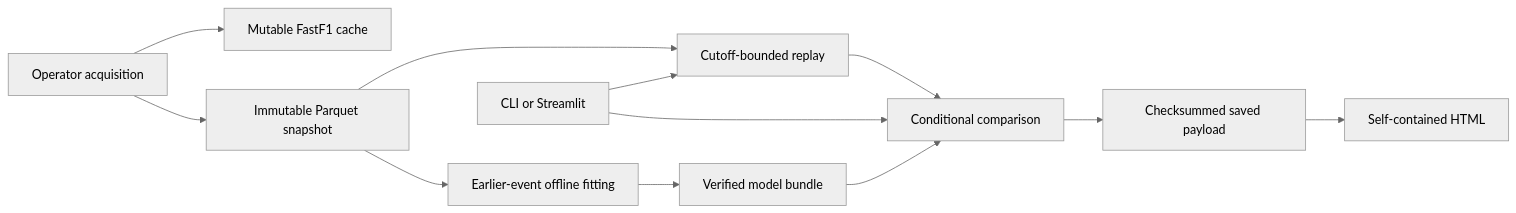
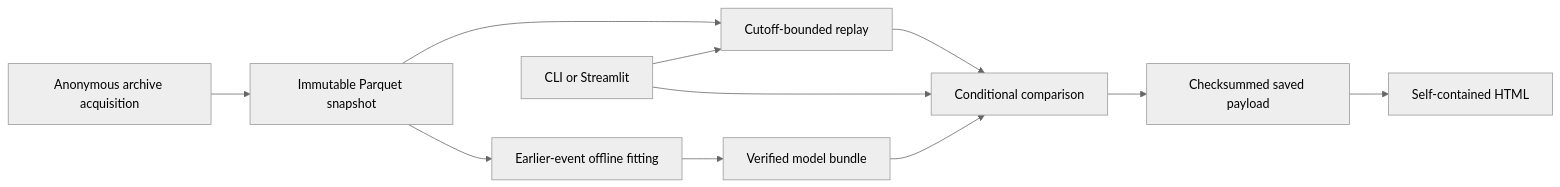
Before and after one commit to kamaal505/f1-strategy-workbench: the diagram in docs/architecture.md, drawn with Mermaid (neutral theme). The commit also changed other lines of this file and 135 other files, not shown here.

````diff
--- a/docs/architecture.md
+++ b/docs/architecture.md
@@ -7,14 +7,13 @@
 ```mermaid
 flowchart LR
-  A[Operator acquisition] --> C[Mutable FastF1 cache]
-  A --> S[Immutable Parquet snapshot]
+  A[Anonymous archive acquisition] --> S[Immutable Parquet snapshot]
   S --> R[Cutoff-bounded replay]
   S --> F[Earlier-event offline fitting]
   F --> M[Verified model bundle]
   R --> D[Conditional comparison]
   M --> D
   D --> P[Checksummed saved payload]
   P --> H[Self-contained HTML]
   U[CLI or Streamlit] --> R
   U --> D
 ```
````
